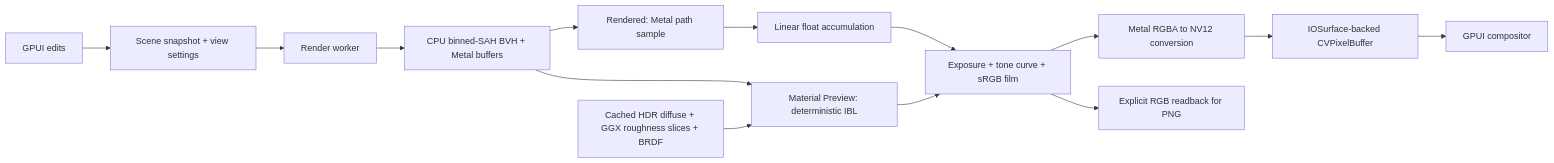
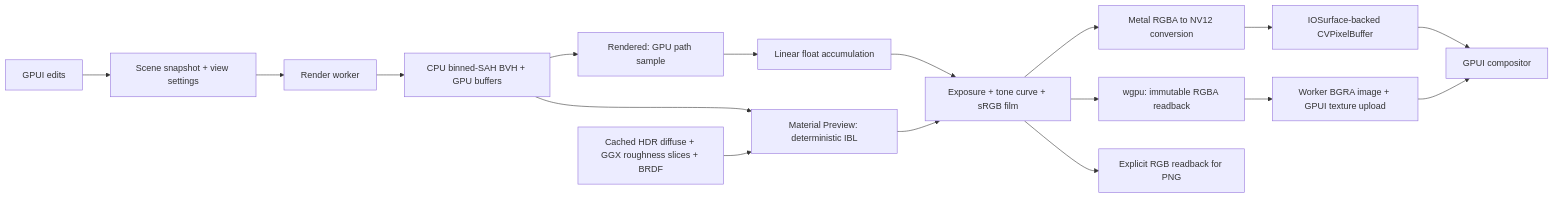
The diagram in docs/ARCHITECTURE.md (LachyFS/forma), drawn with Mermaid before and after one commit. The commit also changed other lines of this file and 34 other files, not shown here.

Commit message:
Add cross-platform wgpu rendering for Metal, DirectX 12, and Vulkan

````diff
--- a/docs/ARCHITECTURE.md
+++ b/docs/ARCHITECTURE.md
@@ -77,16 +85,19 @@
 ```mermaid
 flowchart LR
     Editor[GPUI edits] --> Snapshot[Scene snapshot + view settings]
     Snapshot --> Worker[Render worker]
-    Worker --> BVH[CPU binned-SAH BVH + Metal buffers]
-    BVH --> Trace[Rendered: Metal path sample]
+    Worker --> BVH[CPU binned-SAH BVH + GPU buffers]
+    BVH --> Trace[Rendered: GPU path sample]
     BVH --> Preview[Material Preview: deterministic IBL]
     Environment[Cached HDR diffuse + GGX roughness slices + BRDF] --> Preview
     Trace --> Film[Linear float accumulation]
     Film --> Display[Exposure + tone curve + sRGB film]
     Preview --> Display
     Display --> NV12[Metal RGBA to NV12 conversion]
     NV12 --> Surface[IOSurface-backed CVPixelBuffer]
     Surface --> GPUI[GPUI compositor]
+    Display --> Readback[wgpu: immutable RGBA readback]
+    Readback --> Upload[Worker BGRA image + GPUI texture upload]
+    Upload --> GPUI
     Display --> Export[Explicit RGB readback for PNG]
 ```
````
